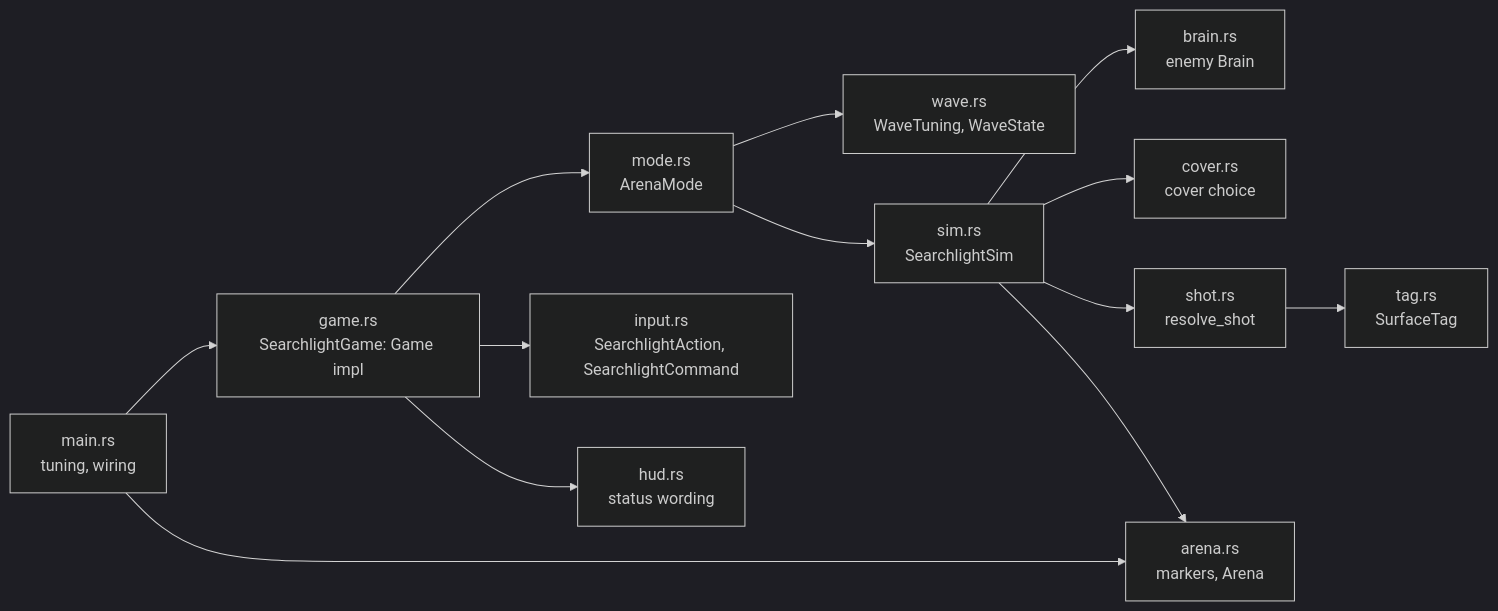
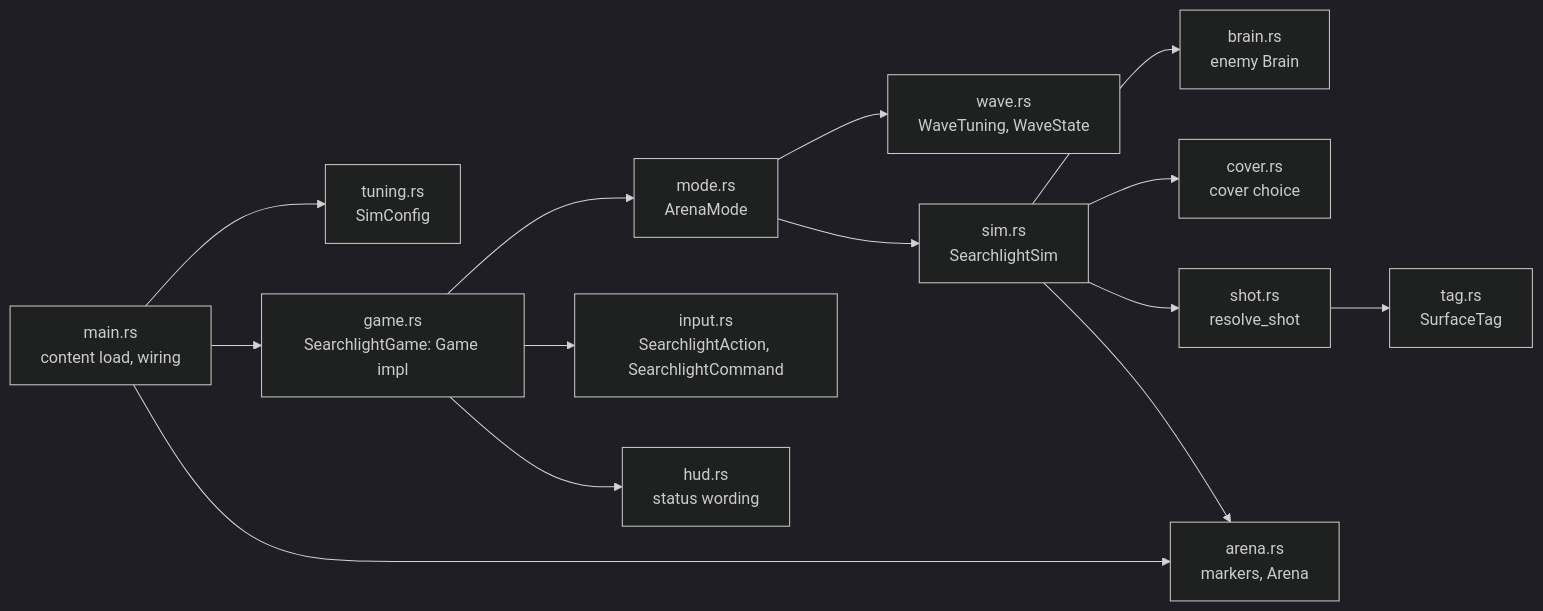
One commit to WrackedFella/moho changed the diagram in wiki/architecture/searchlight.md. Above: the diagram before and after it, drawn with Mermaid (dark theme). The commit also changed other lines of this file and 12 other files, not shown here.

````diff
--- a/wiki/architecture/searchlight.md
+++ b/wiki/architecture/searchlight.md
@@ -14,15 +14,16 @@
 ```mermaid
 flowchart LR
-    main["main.rs<br/>tuning, wiring"] --> game["game.rs<br/>SearchlightGame: Game impl"]
+    main["main.rs<br/>content load, wiring"] --> tuning["tuning.rs<br/>SimConfig"]
+    main --> game["game.rs<br/>SearchlightGame: Game impl"]
     game --> mode["mode.rs<br/>ArenaMode"]
     mode --> wave["wave.rs<br/>WaveTuning, WaveState"]
     mode --> sim["sim.rs<br/>SearchlightSim"]
     game --> input["input.rs<br/>SearchlightAction, SearchlightCommand"]
     game --> hud["hud.rs<br/>status wording"]
     sim --> brain["brain.rs<br/>enemy Brain"]
     sim --> cover["cover.rs<br/>cover choice"]
     sim --> shot["shot.rs<br/>resolve_shot"]
     shot --> tag["tag.rs<br/>SurfaceTag"]
     main --> arena["arena.rs<br/>markers, Arena"]
     sim --> arena
 ```
````
